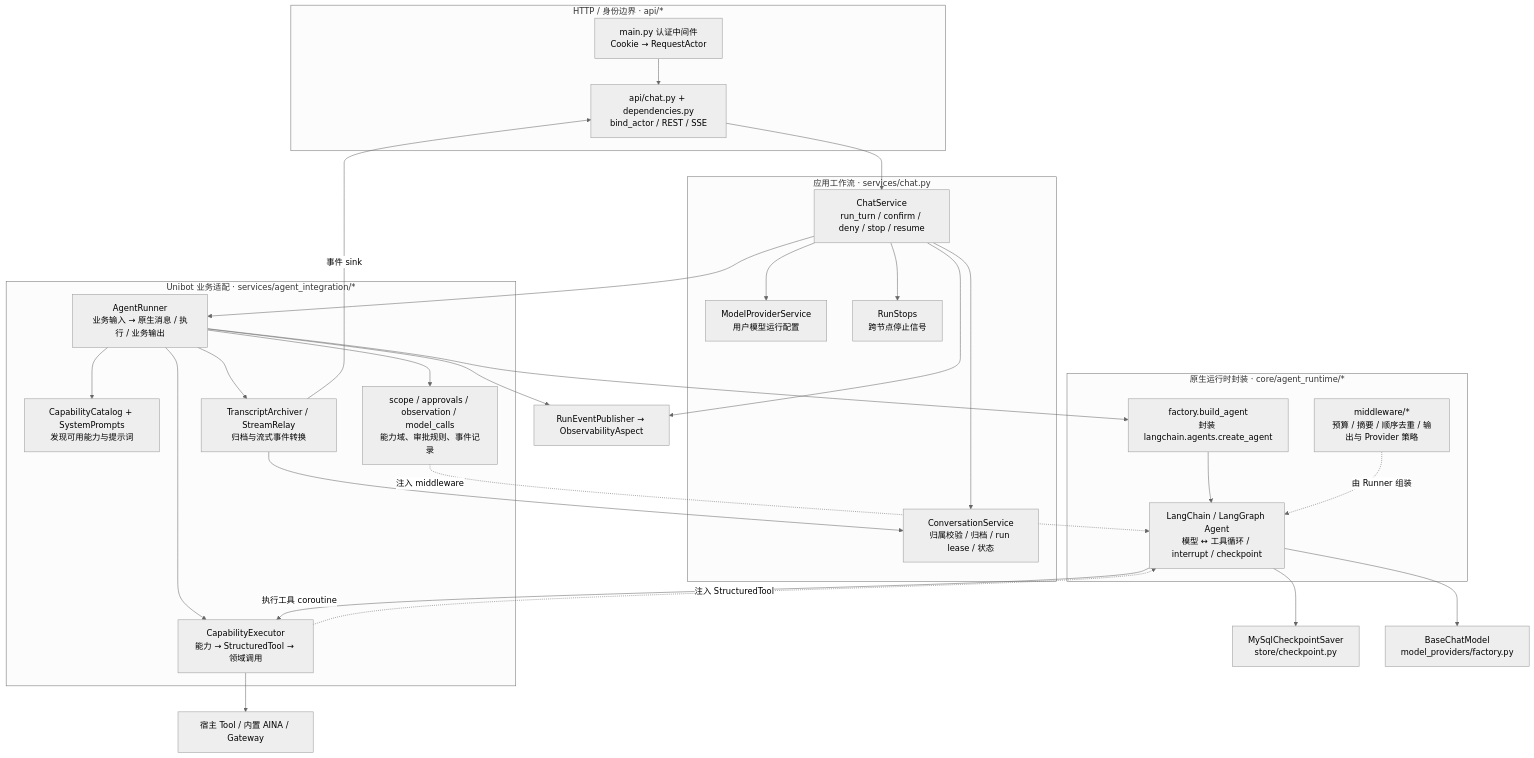
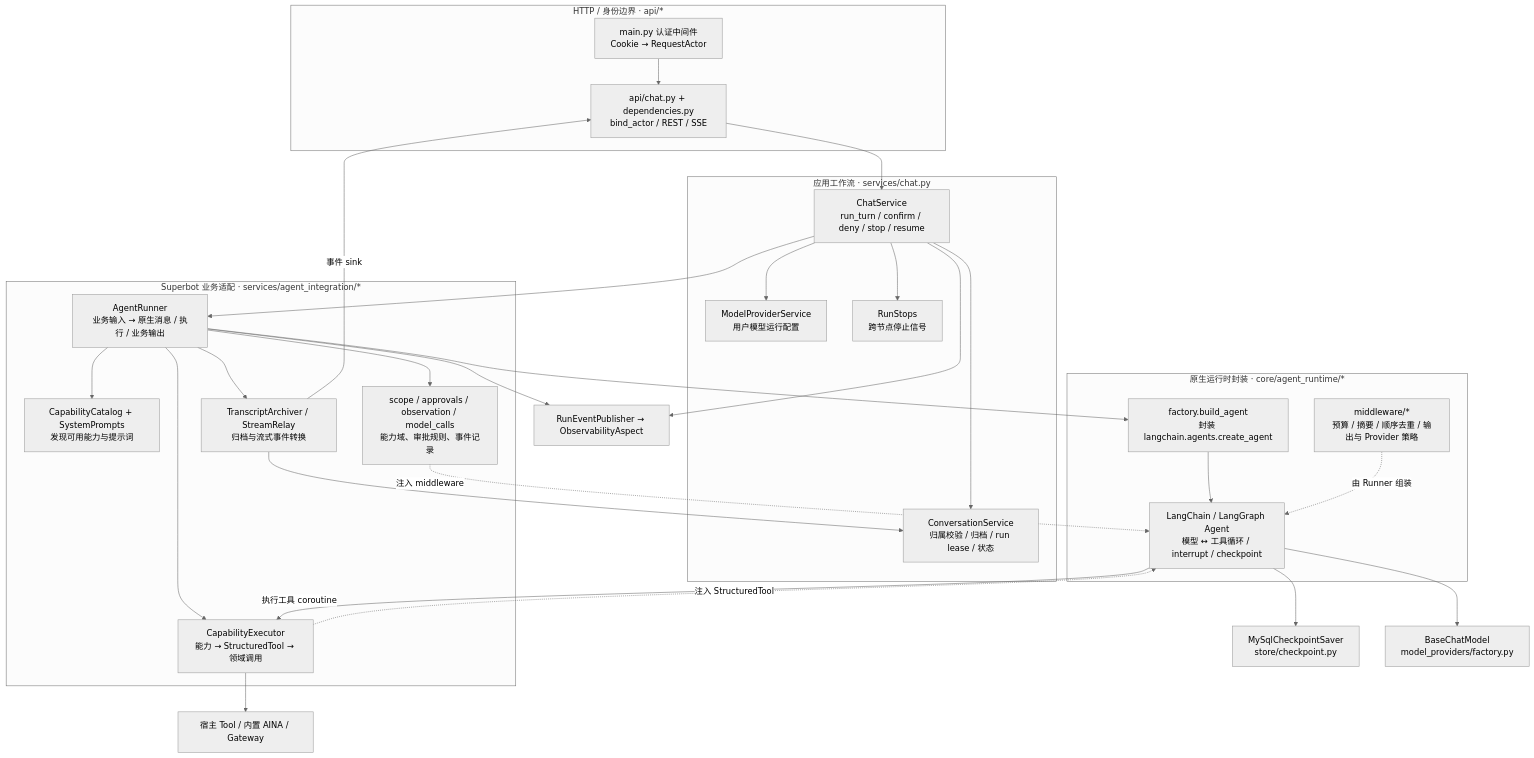
Before and after one commit to Tianzhou-Agent/Unibot: the third of 6 diagrams in docs/code-boundaries.md, drawn with Mermaid (neutral theme). The commit also changed other lines of this file and 156 other files, not shown here.

First line of the commit message:
chore: rename the product from Unibot to Superbot in user-facing text

````diff
--- a/docs/code-boundaries.md
+++ b/docs/code-boundaries.md
@@ -105,56 +105,56 @@
 ```mermaid
 flowchart TB
     subgraph HTTP["HTTP / 身份边界 · api/*"]
         Actor["main.py 认证中间件<br/>Cookie → RequestActor"]
         Route["api/chat.py + dependencies.py<br/>bind_actor / REST / SSE"]
         Actor --> Route
     end
 
     subgraph Application["应用工作流 · services/chat.py"]
         Chat["ChatService<br/>run_turn / confirm / deny / stop / resume"]
         Conv["ConversationService<br/>归属校验 / 归档 / run lease / 状态"]
         Model["ModelProviderService<br/>用户模型运行配置"]
         Stops["RunStops<br/>跨节点停止信号"]
         Chat --> Conv
         Chat --> Model
         Chat --> Stops
     end
 
-    subgraph Integration["Unibot 业务适配 · services/agent_integration/*"]
+    subgraph Integration["Superbot 业务适配 · services/agent_integration/*"]
         Runner["AgentRunner<br/>业务输入 → 原生消息 / 执行 / 业务输出"]
         Catalog["CapabilityCatalog + SystemPrompts<br/>发现可用能力与提示词"]
         Policies["scope / approvals / observation / model_calls<br/>能力域、审批规则、事件记录"]
         Exec["CapabilityExecutor<br/>能力 → StructuredTool → 领域调用"]
         History["TranscriptArchiver / StreamRelay<br/>归档与流式事件转换"]
         Runner --> Catalog
         Runner --> Policies
         Runner --> Exec
         Runner --> History
     end
 
     subgraph Runtime["原生运行时封装 · core/agent_runtime/*"]
         Factory["factory.build_agent<br/>封装 langchain.agents.create_agent"]
         MW["middleware/*<br/>预算 / 摘要 / 顺序去重 / 输出与 Provider 策略"]
         Graph["LangChain / LangGraph Agent<br/>模型 ↔ 工具循环 / interrupt / checkpoint"]
         Factory --> Graph
         MW -.->|"由 Runner 组装"| Graph
     end
 
     Checkpoint["MySqlCheckpointSaver<br/>store/checkpoint.py"]
     Provider["BaseChatModel<br/>model_providers/factory.py"]
     Domains["宿主 Tool / 内置 AINA / Gateway"]
     Events["RunEventPublisher → ObservabilityAspect"]
 
     Route --> Chat --> Runner
     Runner --> Factory
     Policies -.->|"注入 middleware"| Graph
     Exec -.->|"注入 StructuredTool"| Graph
     Graph -->|"执行工具 coroutine"| Exec
     Exec --> Domains
     Graph --> Provider
     Graph --> Checkpoint
     History --> Conv
     History -->|"事件 sink"| Route
     Chat --> Events
     Runner --> Events
 ```
````
